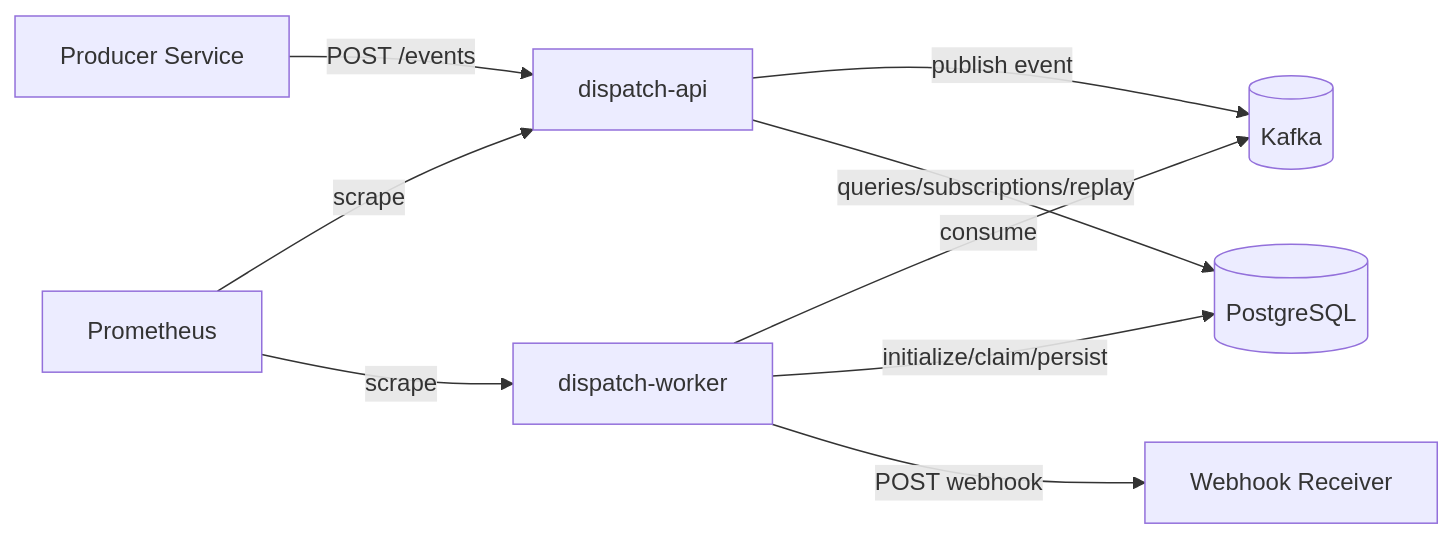
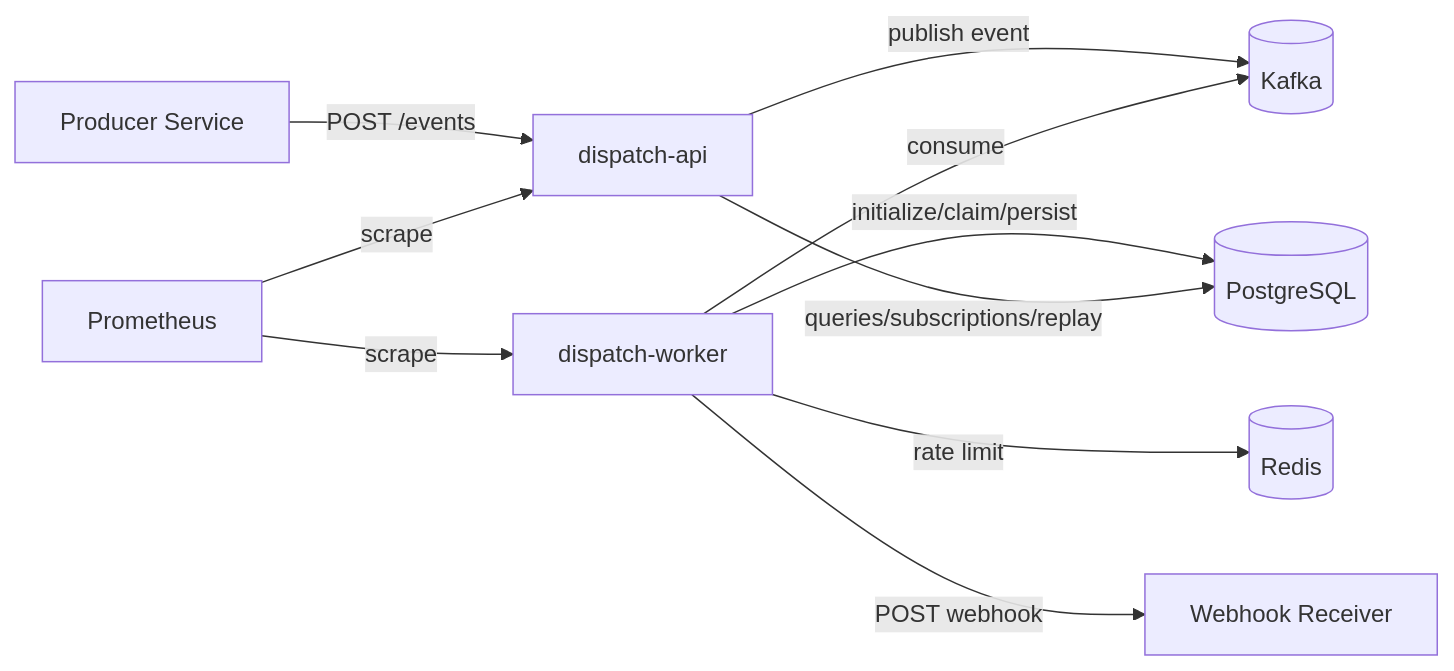
Before and after one commit to felipepmaragno/webhook-service: the first of 3 diagrams in docs/architecture.md, drawn with Mermaid. The commit also changed other lines of this file and 34 other files, not shown here.

Commit message:
feat(resilience): restore redis max delivery rate

````diff
--- a/docs/architecture.md
+++ b/docs/architecture.md
@@ -13,11 +13,12 @@
 ```mermaid
 flowchart LR
     Producer[Producer Service] -->|POST /events| API[dispatch-api]
     API -->|publish event| Kafka[(Kafka)]
     Worker[dispatch-worker] -->|consume| Kafka
+    Worker -->|rate limit| Redis[(Redis)]
     Worker -->|initialize/claim/persist| DB[(PostgreSQL)]
     Worker -->|POST webhook| Receiver[Webhook Receiver]
     API -->|queries/subscriptions/replay| DB
     Prom[Prometheus] -->|scrape| API
     Prom -->|scrape| Worker
 ```
````
